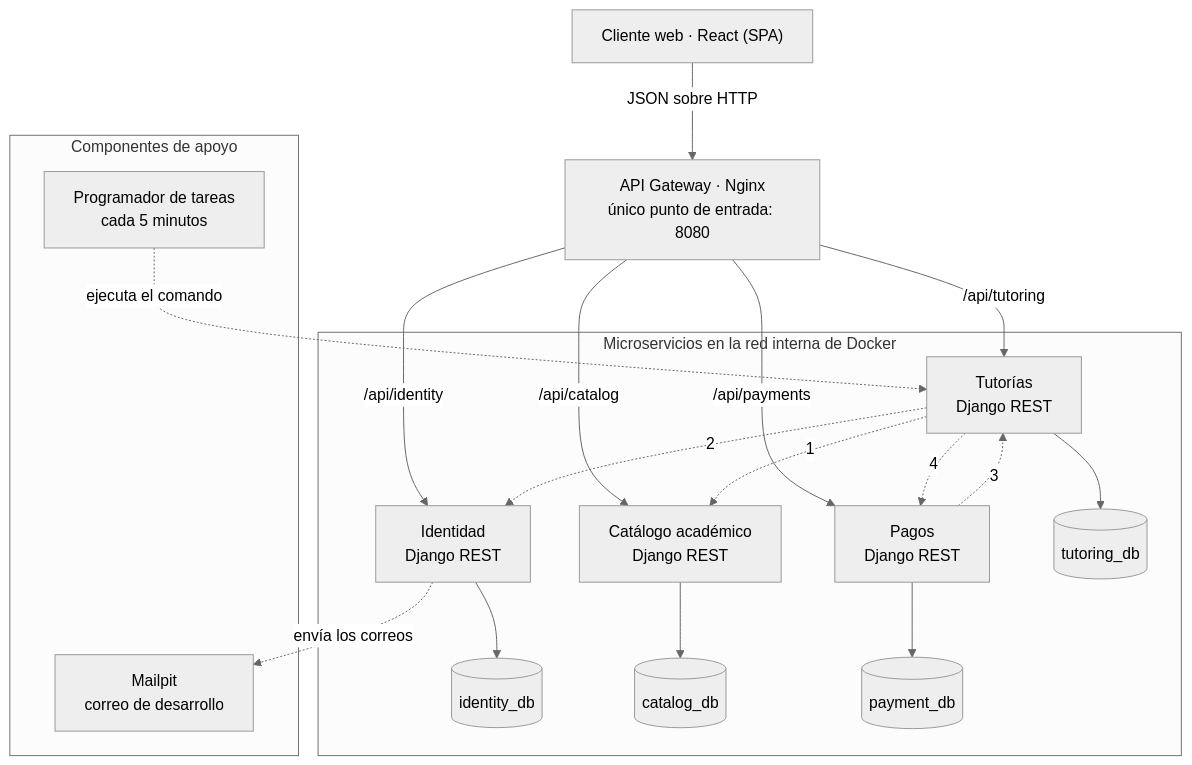
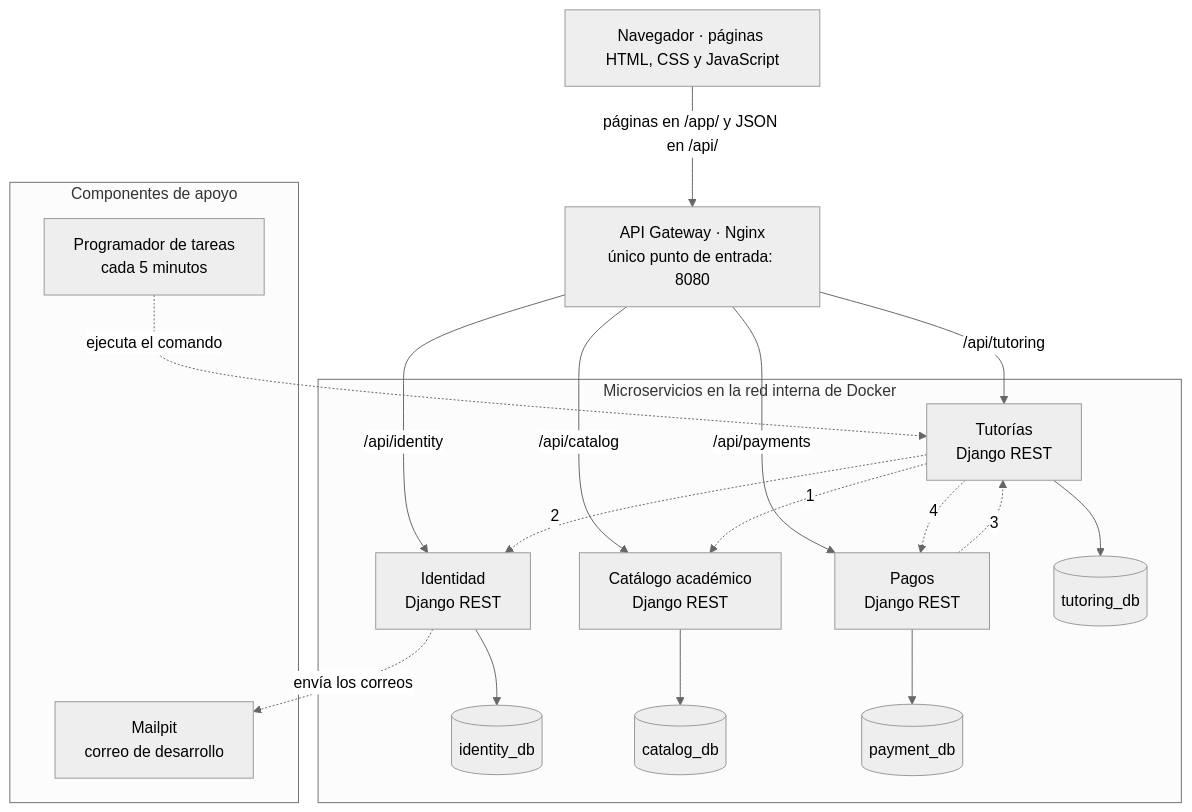
The diagram in README.md (Bacchi701/Plataforma-web-tutorias), drawn with Mermaid (neutral theme) before and after one commit. The commit also changed other lines of this file and 12 other files, not shown here.

Commit message:
docs: README al 29-10, diagramas, anexo A v1.5 y documento 12 v1.1 (#25)

````diff
--- a/README.md
+++ b/README.md
@@ -305,39 +331,39 @@
 ```mermaid
 flowchart TB
-    cliente["Cliente web · React (SPA)"]
+    cliente["Navegador · páginas HTML, CSS y JavaScript"]
     gateway["API Gateway · Nginx<br/>único punto de entrada: 8080"]
-    cliente -->|"JSON sobre HTTP"| gateway
+    cliente -->|"páginas en /app/ y JSON en /api/"| gateway
 
     subgraph red["Microservicios en la red interna de Docker"]
         identity["Identidad<br/>Django REST"]
         catalog["Catálogo académico<br/>Django REST"]
         tutoring["Tutorías<br/>Django REST"]
         payments["Pagos<br/>Django REST"]
         identity_db[("identity_db")]
         catalog_db[("catalog_db")]
         tutoring_db[("tutoring_db")]
         payment_db[("payment_db")]
     end
 
     subgraph apoyo["Componentes de apoyo"]
         mailpit["Mailpit<br/>correo de desarrollo"]
         programador["Programador de tareas<br/>cada 5 minutos"]
     end
 
     gateway -->|"/api/identity"| identity
     gateway -->|"/api/catalog"| catalog
     gateway -->|"/api/tutoring"| tutoring
     gateway -->|"/api/payments"| payments
 
     identity --> identity_db
     catalog --> catalog_db
     tutoring --> tutoring_db
     payments --> payment_db
 
     tutoring -.->|"1"| catalog
     tutoring -.->|"2"| identity
     payments -.->|"3"| tutoring
     tutoring -.->|"4"| payments
     identity -.->|"envía los correos"| mailpit
     programador -.->|"ejecuta el comando"| tutoring
 ```
````
